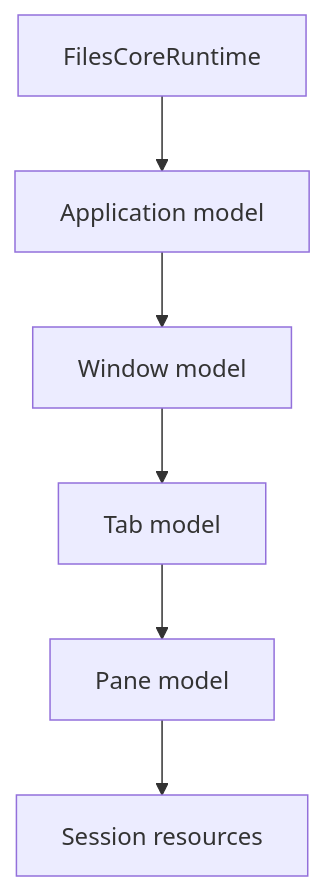
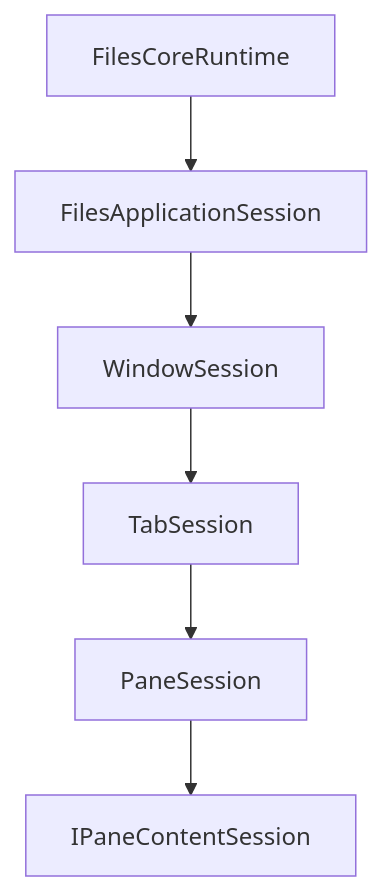
One commit to 0x5bfa/ReFiles changed the fourth of 4 diagrams in docs/app-models.md. Above: the diagram before and after it, drawn with Mermaid. The commit also changed other lines of this file and 93 other files, not shown here.

Commit message:
Rearchitect application state management

````diff
--- a/docs/app-models.md
+++ b/docs/app-models.md
@@ -195,15 +207,15 @@
 ```mermaid
 flowchart TD
     Runtime["FilesCoreRuntime"]
-    App["Application model"]
-    Window["Window model"]
-    Tab["Tab model"]
-    Pane["Pane model"]
-    Session["Session resources"]
+    App["FilesApplicationSession"]
+    Window["WindowSession"]
+    Tab["TabSession"]
+    Pane["PaneSession"]
+    Content["IPaneContentSession"]
 
     Runtime --> App
     App --> Window
     Window --> Tab
     Tab --> Pane
-    Pane --> Session
+    Pane --> Content
 ```
````
